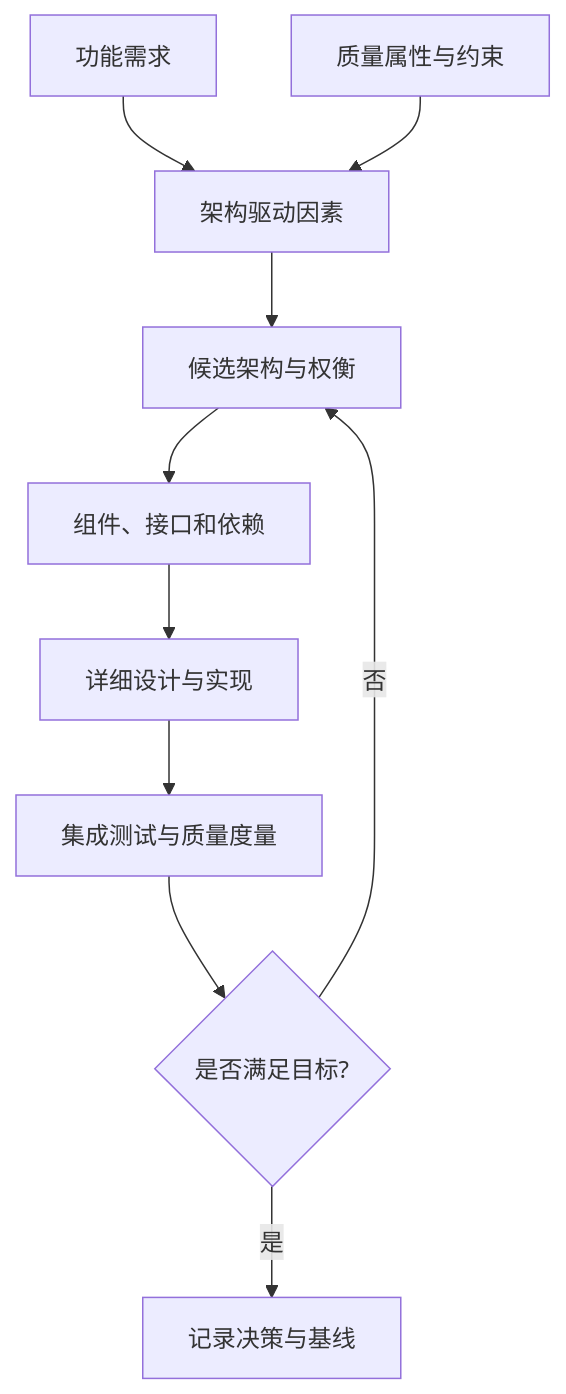
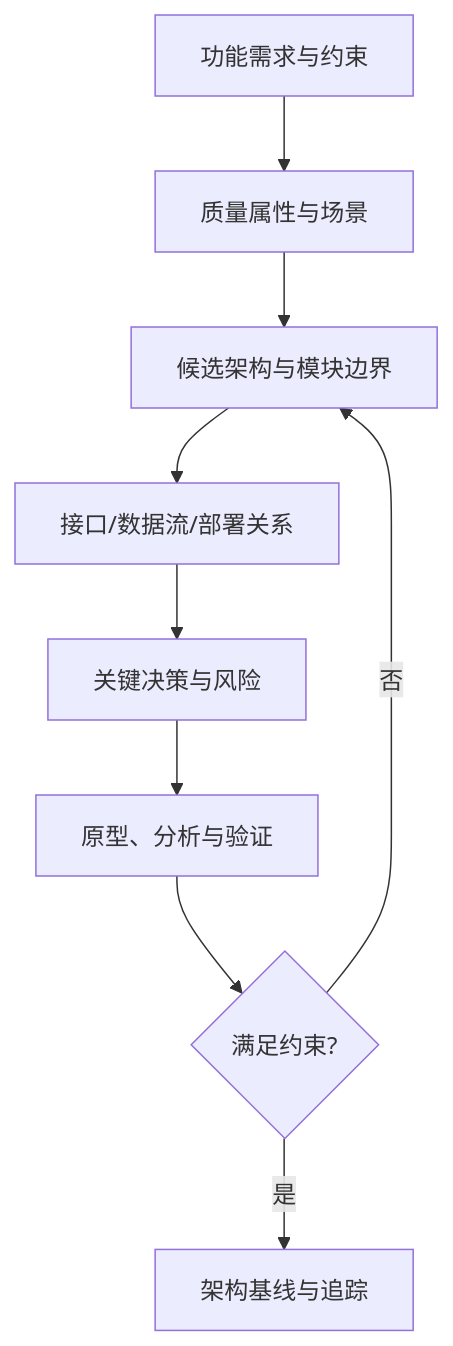
One commit to ilikui/Notes changed the diagram in pages/架构设计.md. Above: the diagram before and after it, drawn with Mermaid. The commit also changed other lines of this file and 20 other files, not shown here.

First line of the commit message:
docs: complete foundation notes and add diagrams

````diff
--- a/pages/架构设计.md
+++ b/pages/架构设计.md
@@ -15,12 +7,11 @@
 ```mermaid
 flowchart TD
-    A[功能需求] --> C[架构驱动因素]
-    B[质量属性与约束] --> C
-    C --> D[候选架构与权衡]
-    D --> E[组件、接口和依赖]
-    E --> F[详细设计与实现]
-    F --> G[集成测试与质量度量]
-    G --> H{是否满足目标?}
-    H -- 否 --> D
-    H -- 是 --> I[记录决策与基线]
+    A[功能需求与约束] --> B[质量属性与场景]
+    B --> C[候选架构与模块边界]
+    C --> D[接口/数据流/部署关系]
+    D --> E[关键决策与风险]
+    E --> F[原型、分析与验证]
+    F --> G{满足约束?}
+    G -- 否 --> C
+    G -- 是 --> H[架构基线与追踪]
 ```
````
